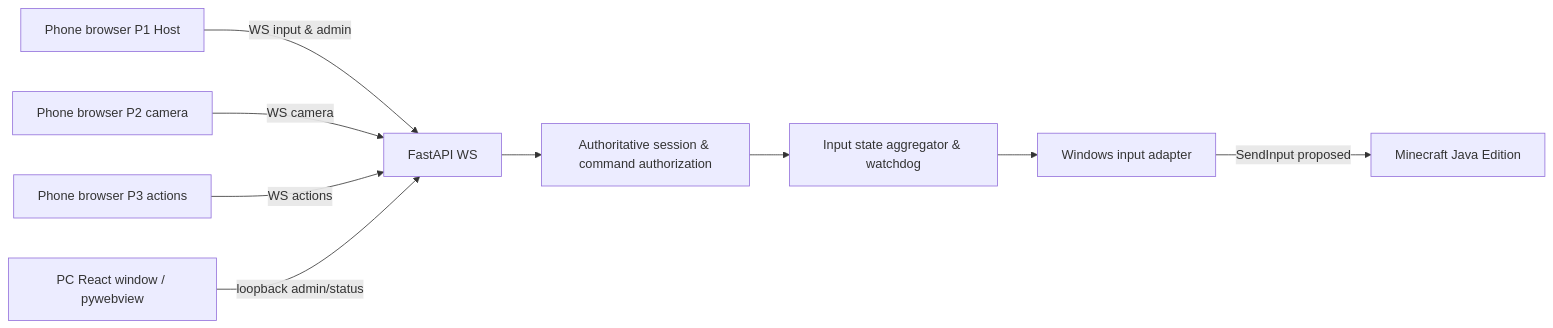
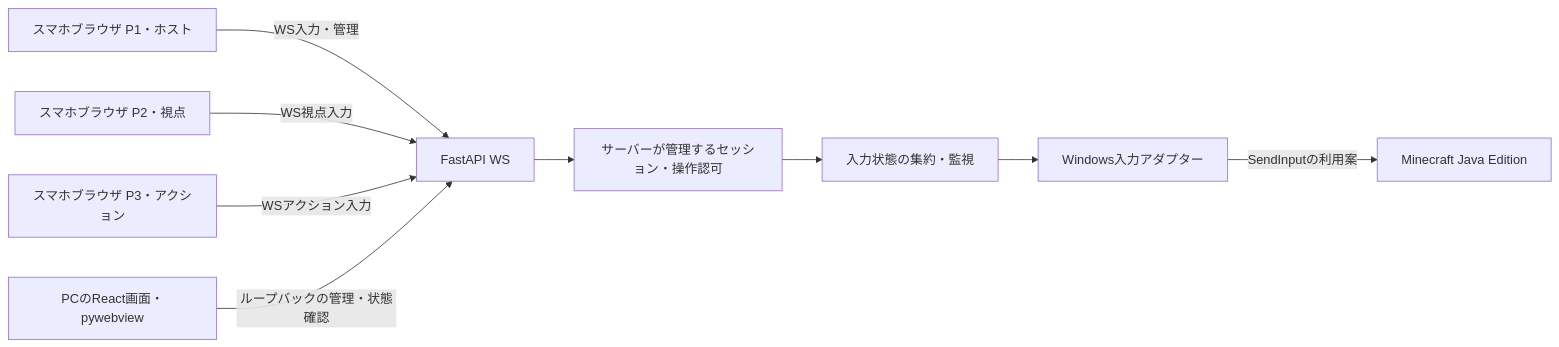
One commit to jphacks/kz_2613 changed the diagram in docs/architecture/system-design.md. Above: the diagram before and after it, drawn with Mermaid. The commit also changed other lines of this file and 16 other files, not shown here.

````diff
--- a/docs/architecture/system-design.md
+++ b/docs/architecture/system-design.md
@@ -5,11 +5,11 @@
 ```mermaid
 flowchart LR
-  P1[Phone browser P1 Host] -->|WS input & admin| API[FastAPI WS]
-  P2[Phone browser P2 camera] -->|WS camera| API
-  P3[Phone browser P3 actions] -->|WS actions| API
-  PC[PC React window / pywebview] -->|loopback admin/status| API
-  API --> S[Authoritative session & command authorization]
-  S --> I[Input state aggregator & watchdog]
-  I --> W[Windows input adapter]
-  W -->|SendInput proposed| MC[Minecraft Java Edition]
+  P1[スマホブラウザ P1・ホスト] -->|WS入力・管理| API[FastAPI WS]
+  P2[スマホブラウザ P2・視点] -->|WS視点入力| API
+  P3[スマホブラウザ P3・アクション] -->|WSアクション入力| API
+  PC[PCのReact画面・pywebview] -->|ループバックの管理・状態確認| API
+  API --> S[サーバーが管理するセッション・操作認可]
+  S --> I[入力状態の集約・監視]
+  I --> W[Windows入力アダプター]
+  W -->|SendInputの利用案| MC[Minecraft Java Edition]
 ```
````
